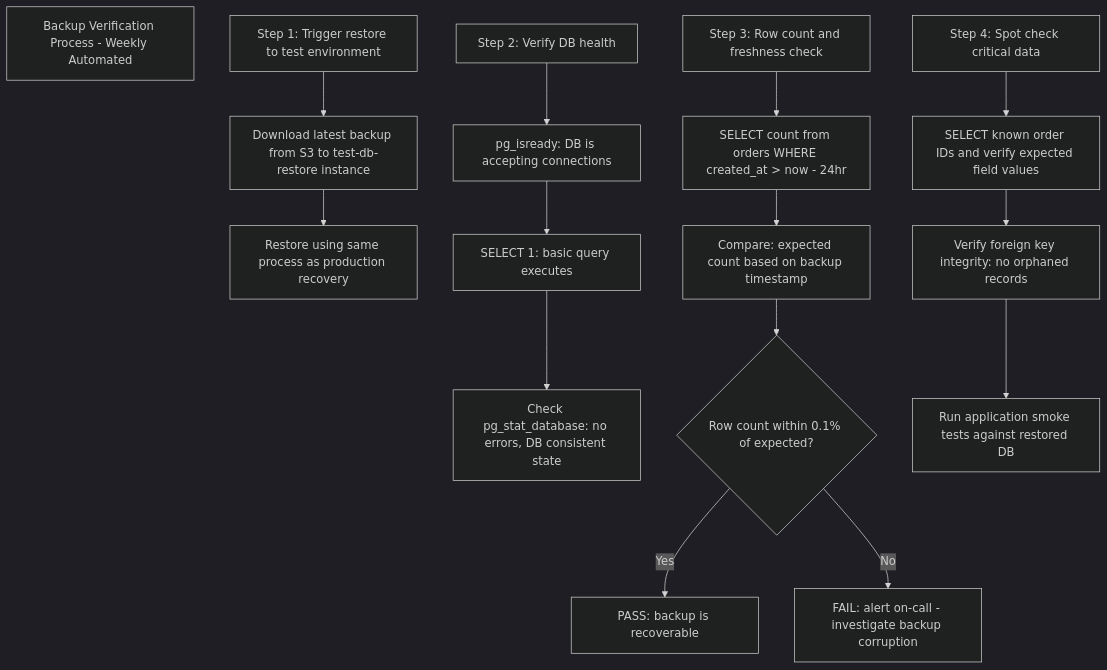
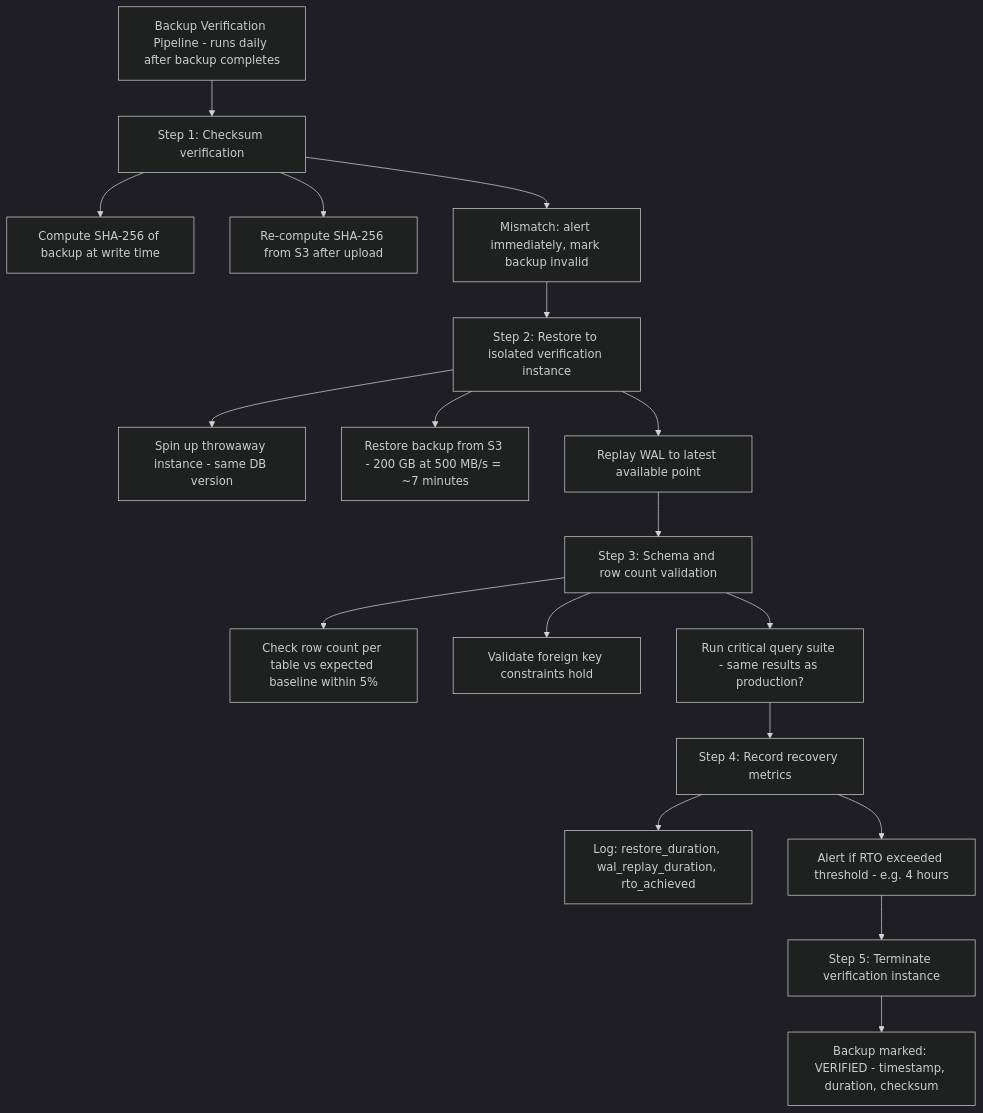
The fifth of 11 diagrams in docs-site/content/12-interview-prep/question-bank/databases/database-backup-recovery.md (gauravprwl14/system-design-course), drawn with Mermaid (dark theme) before and after one commit. The commit also changed other lines of this file and 3 other files, not shown here.

Commit message:
feat(question-bank): add cache-stampede, database-backup-recovery, oauth2-oidc

````diff
--- a/docs-site/content/12-interview-prep/question-bank/databases/database-backup-recovery.md
+++ b/docs-site/content/12-interview-prep/question-bank/databases/database-backup-recovery.md
@@ -273,25 +226,26 @@
 ```mermaid
 graph TD
-  A[Backup Verification Process - Weekly Automated]
+  A[Backup Verification Pipeline - runs daily after backup completes]
 
-  B[Step 1: Trigger restore to test environment]
-  B --> C[Download latest backup from S3 to test-db-restore instance]
-  C --> D[Restore using same process as production recovery]
+  A --> B[Step 1: Checksum verification]
+  B --> B1[Compute SHA-256 of backup at write time]
+  B --> B2[Re-compute SHA-256 from S3 after upload]
+  B --> B3[Mismatch: alert immediately, mark backup invalid]
 
-  E[Step 2: Verify DB health]
-  E --> F[pg_isready: DB is accepting connections]
-  F --> G[SELECT 1: basic query executes]
-  G --> H[Check pg_stat_database: no errors, DB consistent state]
+  B3 --> C[Step 2: Restore to isolated verification instance]
+  C --> C1[Spin up throwaway instance - same DB version]
+  C --> C2[Restore backup from S3 - 200 GB at 500 MB/s = ~7 minutes]
+  C --> C3[Replay WAL to latest available point]
 
-  I[Step 3: Row count and freshness check]
-  I --> J[SELECT count from orders WHERE created_at > now - 24hr]
-  J --> K[Compare: expected count based on backup timestamp]
-  K --> L{Row count within 0.1% of expected?}
-  L -->|Yes| M[PASS: backup is recoverable]
-  L -->|No| N[FAIL: alert on-call - investigate backup corruption]
+  C3 --> D[Step 3: Schema and row count validation]
+  D --> D1[Check row count per table vs expected baseline within 5%]
+  D --> D2[Validate foreign key constraints hold]
+  D --> D3[Run critical query suite - same results as production?]
 
-  O[Step 4: Spot check critical data]
-  O --> P[SELECT known order IDs and verify expected field values]
-  P --> Q[Verify foreign key integrity: no orphaned records]
-  Q --> R[Run application smoke tests against restored DB]
+  D3 --> E[Step 4: Record recovery metrics]
+  E --> E1[Log: restore_duration, wal_replay_duration, rto_achieved]
+  E --> E2[Alert if RTO exceeded threshold - e.g. 4 hours]
+
+  E2 --> F[Step 5: Terminate verification instance]
+  F --> G[Backup marked: VERIFIED - timestamp, duration, checksum]
 ```
````
